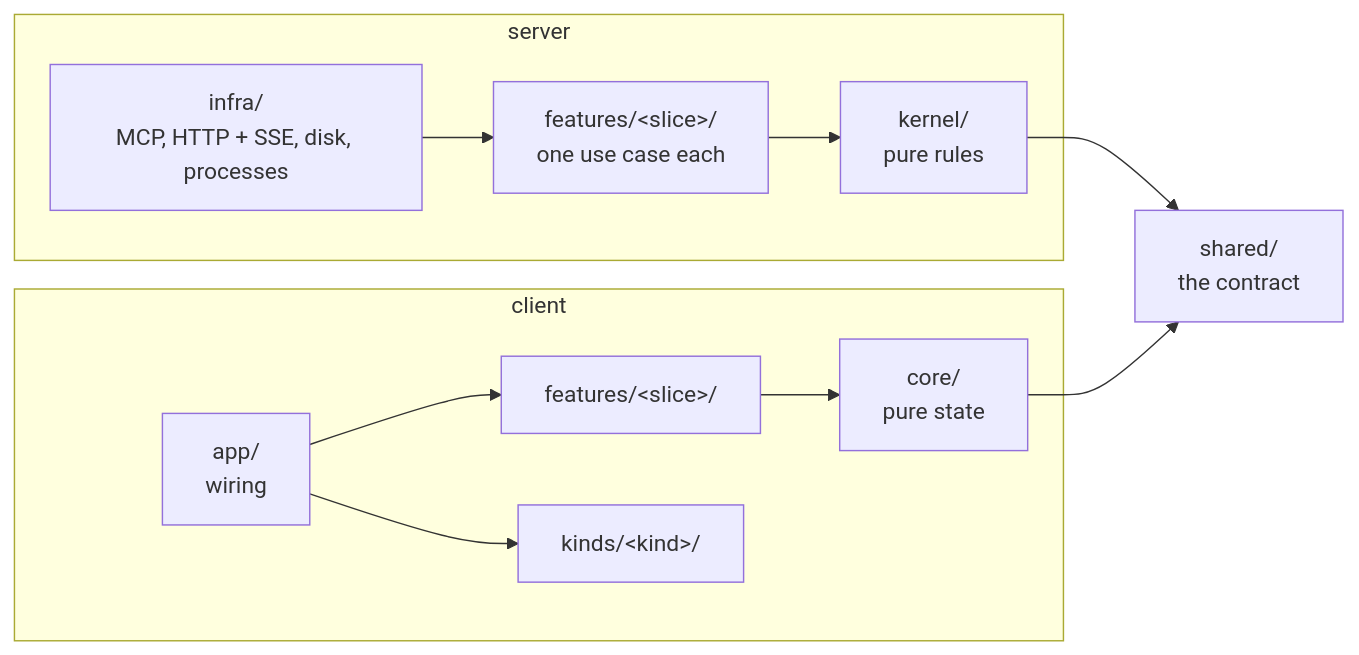
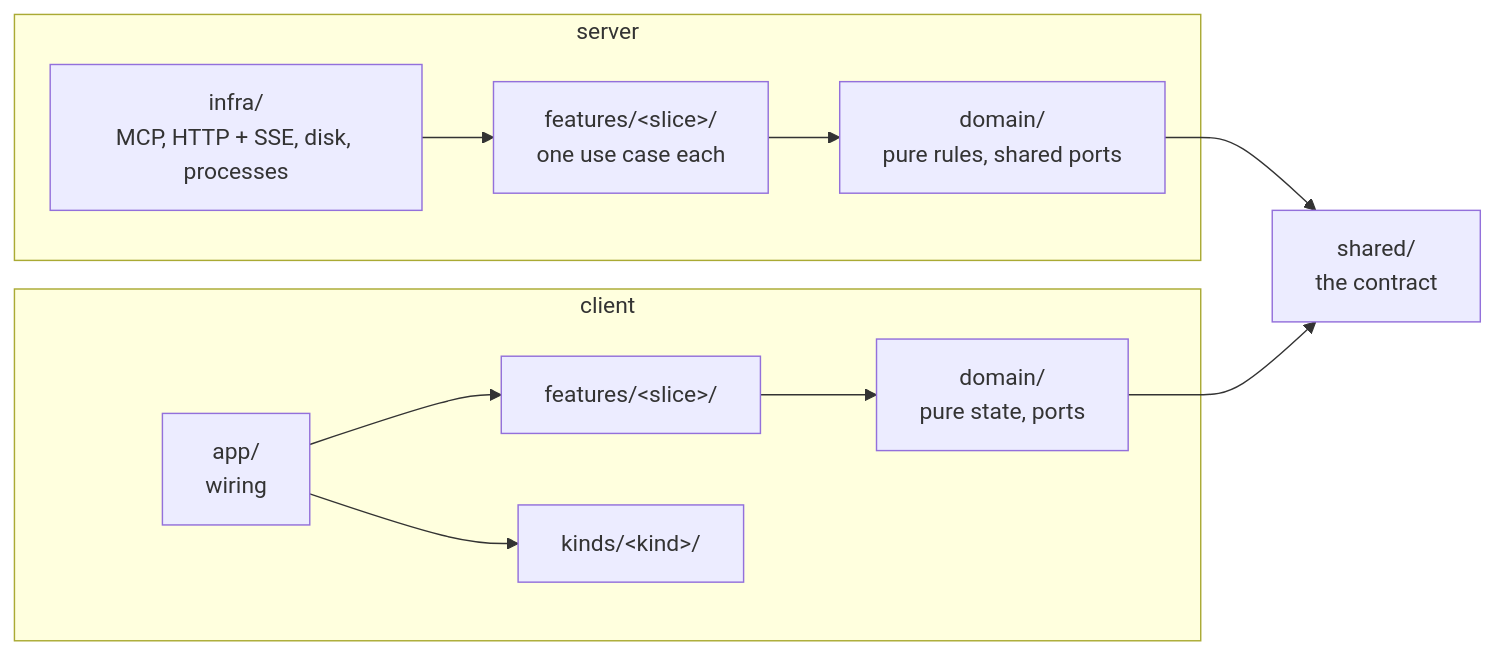
One commit to J-Povea21/hidalgo changed the diagram in docs/conventions.md. Above: the diagram before and after it, drawn with Mermaid. The commit also changed other lines of this file and 61 other files, not shown here.

First line of the commit message:
one name for the domain on both sides, and ports live with what needs them

````diff
--- a/docs/conventions.md
+++ b/docs/conventions.md
@@ -23,13 +23,13 @@
 ```mermaid
 flowchart LR
   subgraph server
     infra["infra/<br/>MCP, HTTP + SSE, disk, processes"] --> features
-    features["features/&lt;slice&gt;/<br/>one use case each"] --> kernel["kernel/<br/>pure rules"]
+    features["features/&lt;slice&gt;/<br/>one use case each"] --> domain["domain/<br/>pure rules, shared ports"]
   end
   subgraph client
-    app["app/<br/>wiring"] --> cfeatures["features/&lt;slice&gt;/"] --> core["core/<br/>pure state"]
+    app["app/<br/>wiring"] --> cfeatures["features/&lt;slice&gt;/"] --> cdomain["domain/<br/>pure state, ports"]
     app --> kinds["kinds/&lt;kind&gt;/"]
   end
-  kernel --> shared["shared/<br/>the contract"]
-  core --> shared
+  domain --> shared["shared/<br/>the contract"]
+  cdomain --> shared
 ```
````
